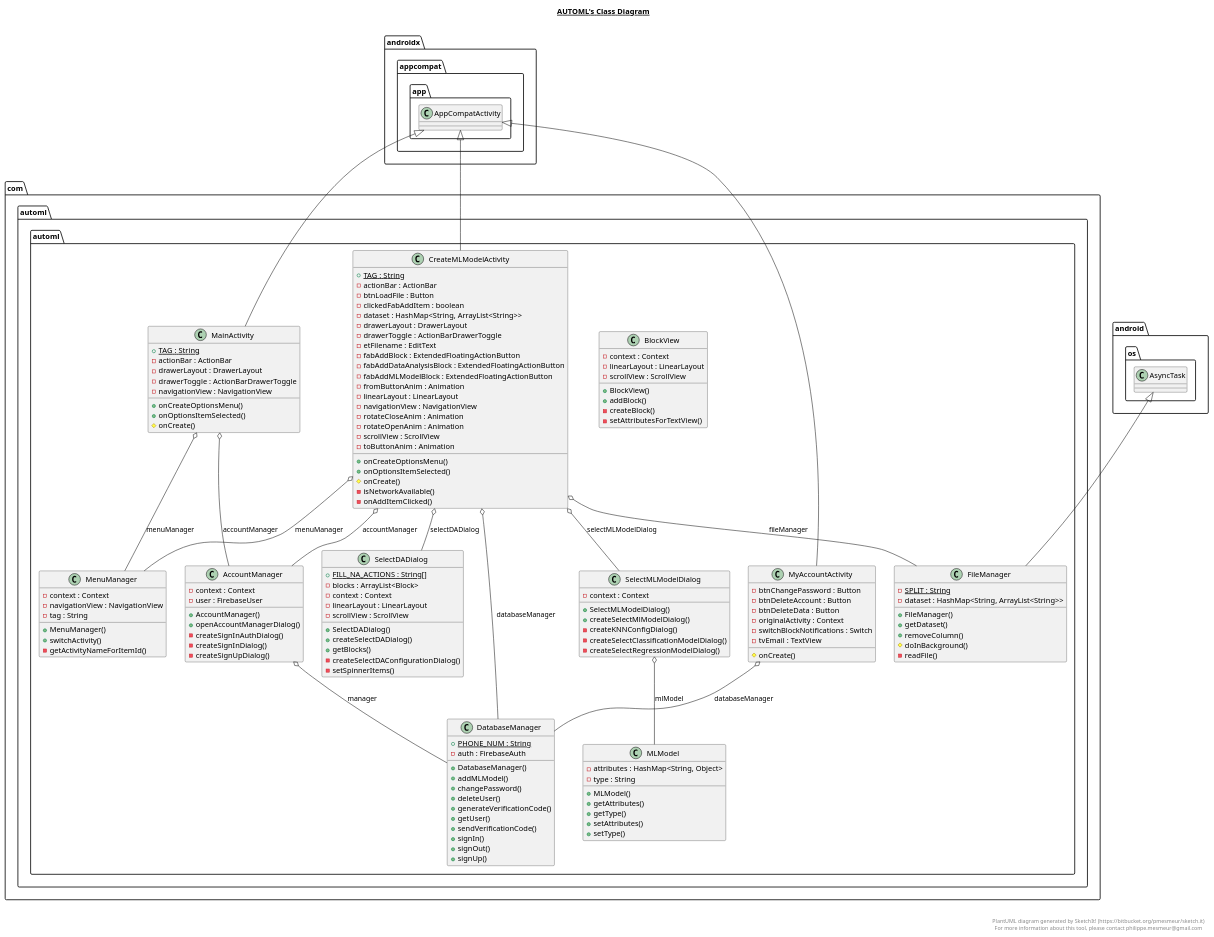
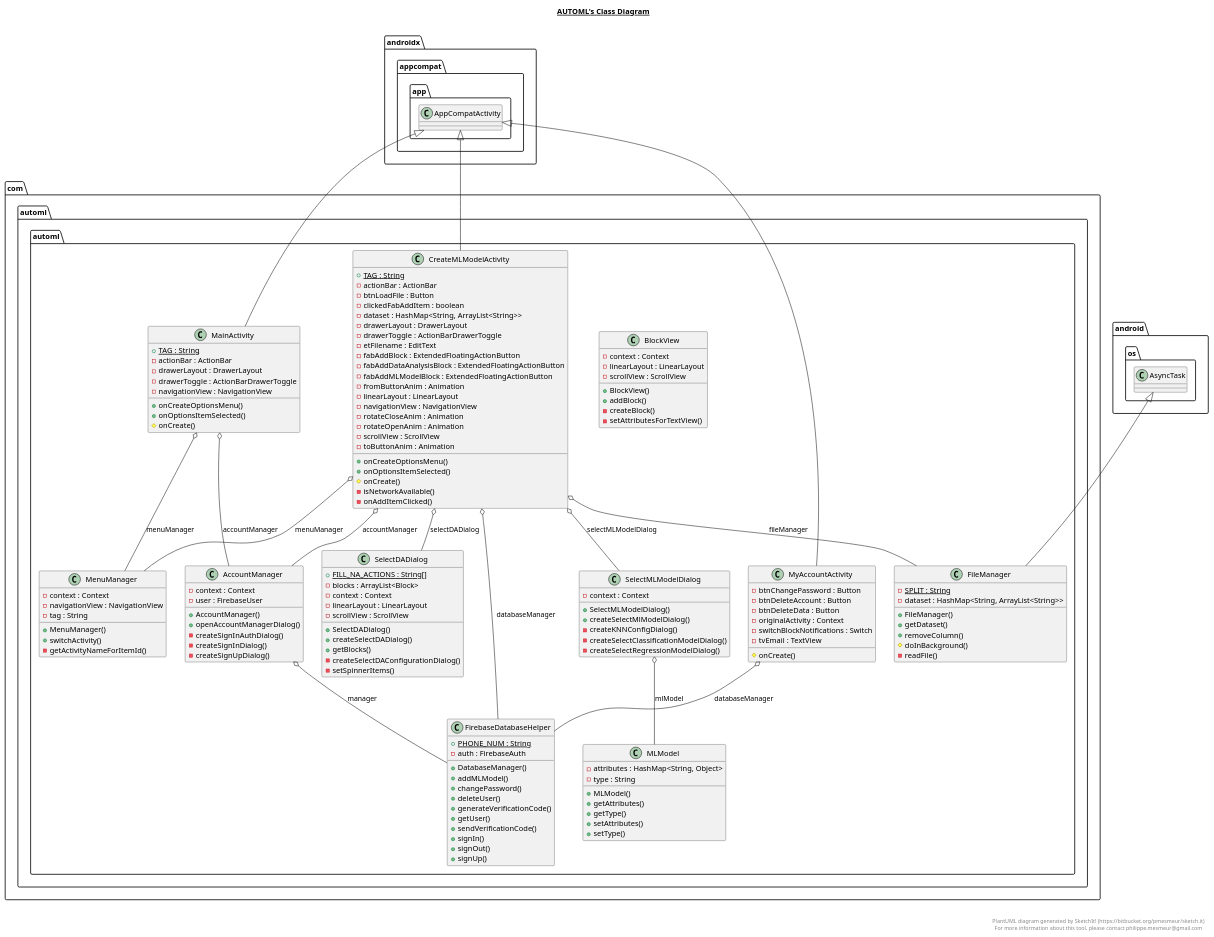
One commit to TomerReiner/AutoML changed the diagram in app/src/main/java/com/automl/automl/automl.plantuml. Above: the diagram before and after it, drawn with PlantUML. The commit also changed 23 other files, not shown here.

```diff
--- a/app/src/main/java/com/automl/automl/automl.plantuml
+++ b/app/src/main/java/com/automl/automl/automl.plantuml
@@ -1,195 +1,195 @@
 @startuml
 
 title __AUTOML's Class Diagram__\n
 
   namespace com.automl.automl {
     class com.automl.automl.AccountManager {
         - context : Context
         - user : FirebaseUser
         + AccountManager()
         + openAccountManagerDialog()
         - createSignInAuthDialog()
         - createSignInDialog()
         - createSignUpDialog()
     }
   }
   
 
   namespace com.automl.automl {
     class com.automl.automl.BlockView {
         - context : Context
         - linearLayout : LinearLayout
         - scrollView : ScrollView
         + BlockView()
         + addBlock()
         - createBlock()
         - setAttributesForTextView()
     }
   }
   
 
   namespace com.automl.automl {
     class com.automl.automl.CreateMLModelActivity {
         {static} + TAG : String
         - actionBar : ActionBar
         - btnLoadFile : Button
         - clickedFabAddItem : boolean
         - dataset : HashMap<String, ArrayList<String>>
         - drawerLayout : DrawerLayout
         - drawerToggle : ActionBarDrawerToggle
         - etFilename : EditText
         - fabAddBlock : ExtendedFloatingActionButton
         - fabAddDataAnalysisBlock : ExtendedFloatingActionButton
         - fabAddMLModelBlock : ExtendedFloatingActionButton
         - fromButtonAnim : Animation
         - linearLayout : LinearLayout
         - navigationView : NavigationView
         - rotateCloseAnim : Animation
         - rotateOpenAnim : Animation
         - scrollView : ScrollView
         - toButtonAnim : Animation
         + onCreateOptionsMenu()
         + onOptionsItemSelected()
         # onCreate()
         - isNetworkAvailable()
         - onAddItemClicked()
     }
   }
   
 
   namespace com.automl.automl {
-    class com.automl.automl.DatabaseManager {
+    class com.automl.automl.FirebaseDatabaseHelper {
         {static} + PHONE_NUM : String
         - auth : FirebaseAuth
         + DatabaseManager()
         + addMLModel()
         + changePassword()
         + deleteUser()
         + generateVerificationCode()
         + getUser()
         + sendVerificationCode()
         + signIn()
         + signOut()
         + signUp()
     }
   }
   
 
   namespace com.automl.automl {
     class com.automl.automl.FileManager {
         {static} - SPLIT : String
         - dataset : HashMap<String, ArrayList<String>>
         + FileManager()
         + getDataset()
         + removeColumn()
         # doInBackground()
         - readFile()
     }
   }
   
 
   namespace com.automl.automl {
     class com.automl.automl.MLModel {
         - attributes : HashMap<String, Object>
         - type : String
         + MLModel()
         + getAttributes()
         + getType()
         + setAttributes()
         + setType()
     }
   }
   
 
   namespace com.automl.automl {
     class com.automl.automl.MainActivity {
         {static} + TAG : String
         - actionBar : ActionBar
         - drawerLayout : DrawerLayout
         - drawerToggle : ActionBarDrawerToggle
         - navigationView : NavigationView
         + onCreateOptionsMenu()
         + onOptionsItemSelected()
         # onCreate()
     }
   }
   
 
   namespace com.automl.automl {
     class com.automl.automl.MenuManager {
         - context : Context
         - navigationView : NavigationView
         - tag : String
         + MenuManager()
         + switchActivity()
         - getActivityNameForItemId()
     }
   }
   
 
   namespace com.automl.automl {
     class com.automl.automl.MyAccountActivity {
         - btnChangePassword : Button
         - btnDeleteAccount : Button
         - btnDeleteData : Button
         - originalActivity : Context
         - switchBlockNotifications : Switch
         - tvEmail : TextView
         # onCreate()
     }
   }
   
 
   namespace com.automl.automl {
     class com.automl.automl.SelectDADialog {
         {static} + FILL_NA_ACTIONS : String[]
         - blocks : ArrayList<Block>
         - context : Context
         - linearLayout : LinearLayout
         - scrollView : ScrollView
         + SelectDADialog()
         + createSelectDADialog()
         + getBlocks()
         - createSelectDAConfigurationDialog()
         - setSpinnerItems()
     }
   }
   
 
   namespace com.automl.automl {
     class com.automl.automl.SelectMLModelDialog {
         - context : Context
         + SelectMLModelDialog()
         + createSelectMlModelDialog()
         - createKNNConfigDialog()
         - createSelectClassificationModelDialog()
         - createSelectRegressionModelDialog()
     }
   }
   
 
-  com.automl.automl.AccountManager o-- com.automl.automl.DatabaseManager : manager
+  com.automl.automl.AccountManager o-- com.automl.automl.FirebaseDatabaseHelper : manager
   com.automl.automl.CreateMLModelActivity -up-|> androidx.appcompat.app.AppCompatActivity
   com.automl.automl.CreateMLModelActivity o-- com.automl.automl.AccountManager : accountManager
-  com.automl.automl.CreateMLModelActivity o-- com.automl.automl.DatabaseManager : databaseManager
+  com.automl.automl.CreateMLModelActivity o-- com.automl.automl.FirebaseDatabaseHelper : databaseManager
   com.automl.automl.CreateMLModelActivity o-- com.automl.automl.FileManager : fileManager
   com.automl.automl.CreateMLModelActivity o-- com.automl.automl.MenuManager : menuManager
   com.automl.automl.CreateMLModelActivity o-- com.automl.automl.SelectDADialog : selectDADialog
   com.automl.automl.CreateMLModelActivity o-- com.automl.automl.SelectMLModelDialog : selectMLModelDialog
   com.automl.automl.FileManager -up-|> android.os.AsyncTask
   com.automl.automl.MainActivity -up-|> androidx.appcompat.app.AppCompatActivity
   com.automl.automl.MainActivity o-- com.automl.automl.AccountManager : accountManager
   com.automl.automl.MainActivity o-- com.automl.automl.MenuManager : menuManager
   com.automl.automl.MyAccountActivity -up-|> androidx.appcompat.app.AppCompatActivity
-  com.automl.automl.MyAccountActivity o-- com.automl.automl.DatabaseManager : databaseManager
+  com.automl.automl.MyAccountActivity o-- com.automl.automl.FirebaseDatabaseHelper : databaseManager
   com.automl.automl.SelectMLModelDialog o-- com.automl.automl.MLModel : mlModel
 
 
 right footer
 
 
 PlantUML diagram generated by SketchIt! (https://bitbucket.org/pmesmeur/sketch.it)
 For more information about this tool, please contact philippe.mesmeur@gmail.com
 endfooter
 
 @enduml
```
